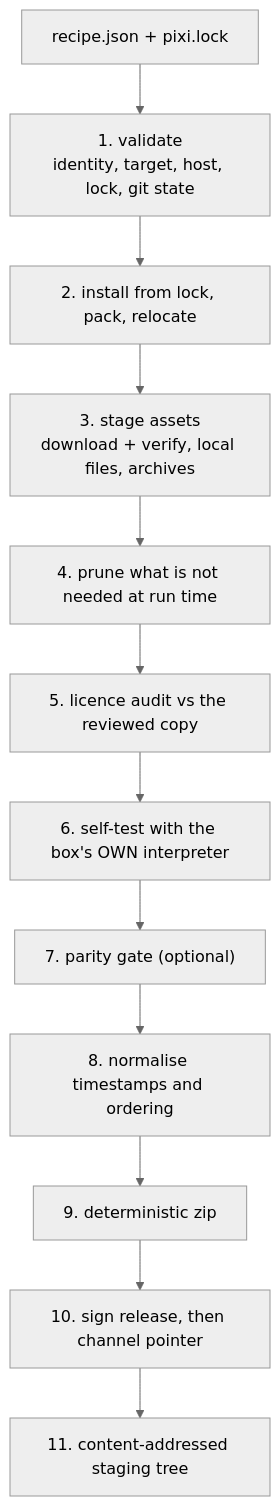
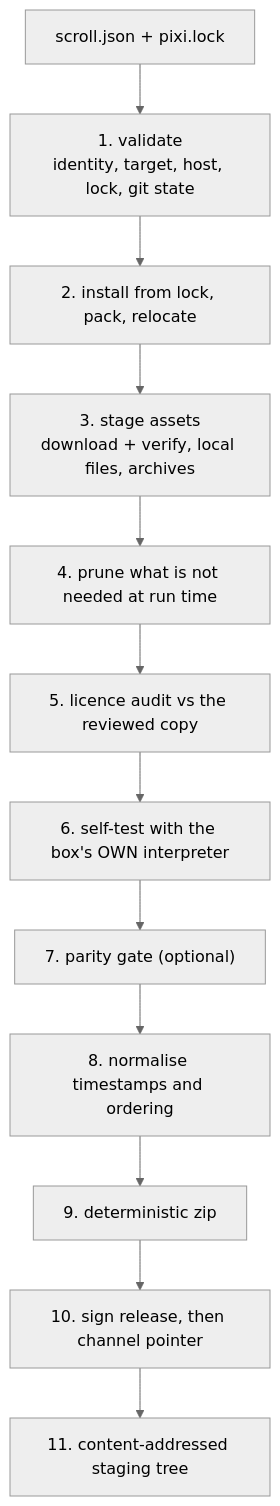
One commit to Suffro/scrollcase changed the third of 3 diagrams in docs/concepts/architecture.md. Above: the diagram before and after it, drawn with Mermaid (neutral theme). The commit also changed other lines of this file and 96 other files, not shown here.

````diff
--- a/docs/concepts/architecture.md
+++ b/docs/concepts/architecture.md
@@ -33,14 +62,14 @@
 ```mermaid
 flowchart TD
-  R["recipe.json + pixi.lock"] --> V["1. validate<br/>identity, target, host, lock, git state"]
+  R["scroll.json + pixi.lock"] --> V["1. validate<br/>identity, target, host, lock, git state"]
   V --> P["2. install from lock, pack, relocate"]
   P --> A["3. stage assets<br/>download + verify, local files, archives"]
   A --> PR["4. prune what is not needed at run time"]
   PR --> L["5. licence audit vs the reviewed copy"]
   L --> S["6. self-test with the box's OWN interpreter"]
   S --> PA["7. parity gate (optional)"]
   PA --> N["8. normalise timestamps and ordering"]
   N --> Z["9. deterministic zip"]
   Z --> SG["10. sign release, then channel pointer"]
   SG --> O["11. content-addressed staging tree"]
 ```
````
